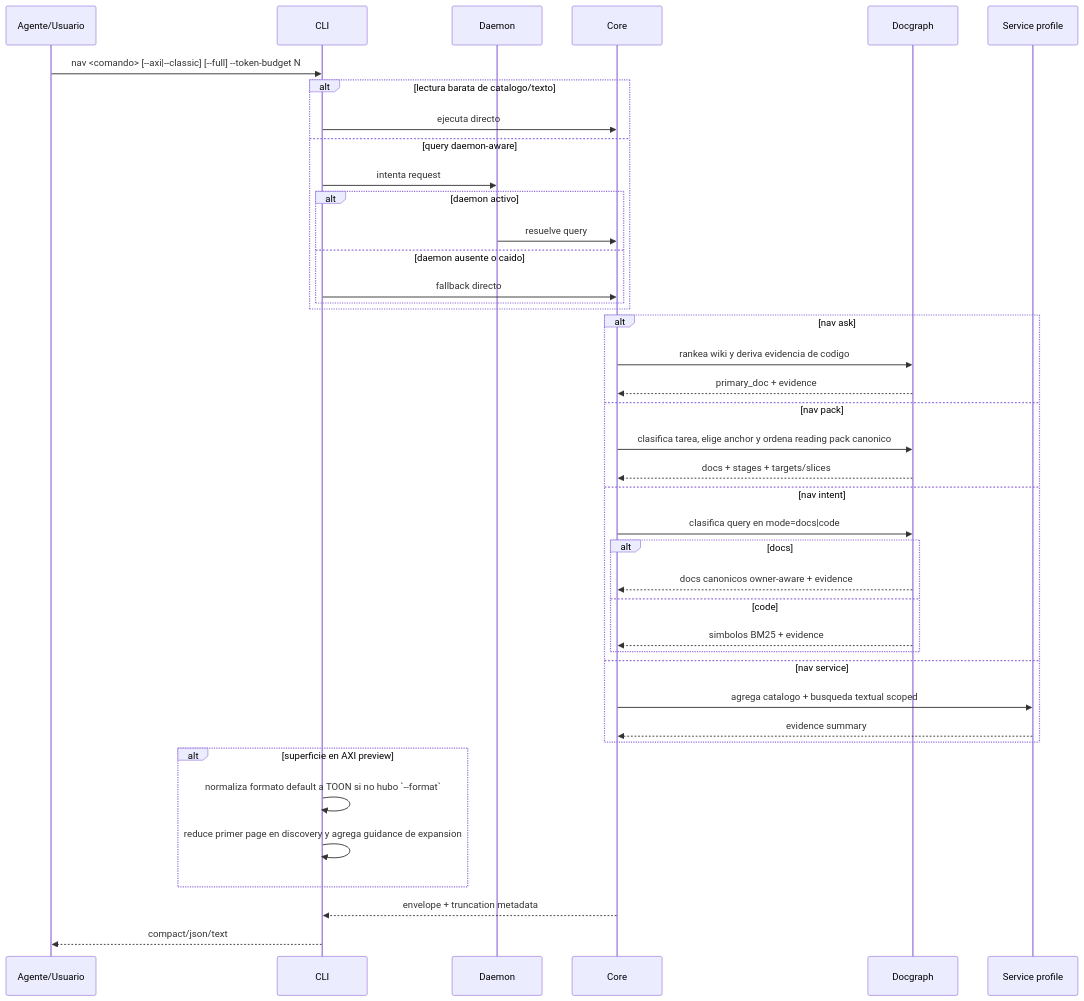
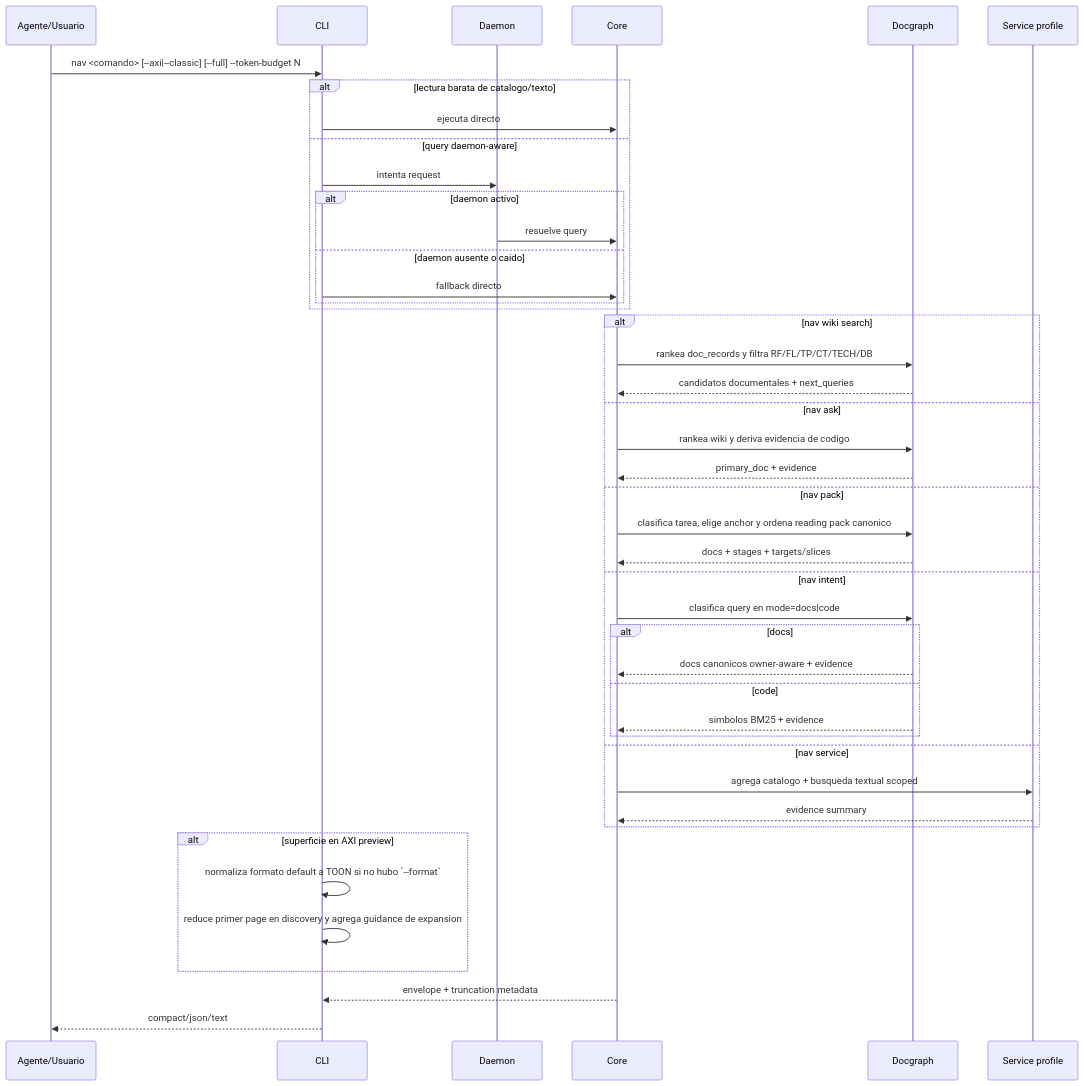
Before and after one commit to fgpaz/mi-lsp: the diagram in .docs/wiki/03_FL/FL-QRY-01.md, drawn with Mermaid. The commit also changed other lines of this file and 25 other files, not shown here.

Commit message:
feat(nav): add wiki-first documentation surface

````diff
--- a/.docs/wiki/03_FL/FL-QRY-01.md
+++ b/.docs/wiki/03_FL/FL-QRY-01.md
@@ -41,44 +42,47 @@
 ```mermaid
 sequenceDiagram
     participant A as Agente/Usuario
     participant CLI as CLI
     participant D as Daemon
     participant C as Core
     participant DG as Docgraph
     participant X as Service profile
 
     A->>CLI: nav <comando> [--axi|--classic] [--full] --token-budget N
     alt lectura barata de catalogo/texto
         CLI->>C: ejecuta directo
     else query daemon-aware
         CLI->>D: intenta request
         alt daemon activo
             D->>C: resuelve query
         else daemon ausente o caido
             CLI->>C: fallback directo
         end
     end
-    alt nav ask
+    alt nav wiki search
+        C->>DG: rankea doc_records y filtra RF/FL/TP/CT/TECH/DB
+        DG-->>C: candidatos documentales + next_queries
+    else nav ask
         C->>DG: rankea wiki y deriva evidencia de codigo
         DG-->>C: primary_doc + evidence
     else nav pack
         C->>DG: clasifica tarea, elige anchor y ordena reading pack canonico
         DG-->>C: docs + stages + targets/slices
     else nav intent
         C->>DG: clasifica query en mode=docs|code
         alt docs
             DG-->>C: docs canonicos owner-aware + evidence
         else code
             DG-->>C: simbolos BM25 + evidence
         end
     else nav service
         C->>X: agrega catalogo + busqueda textual scoped
         X-->>C: evidence summary
     end
     alt superficie en AXI preview
         CLI->>CLI: normaliza formato default a TOON si no hubo `--format`
         CLI->>CLI: reduce primer page en discovery y agrega guidance de expansion
     end
     C-->>CLI: envelope + truncation metadata
     CLI-->>A: compact/json/text
 ```
````
